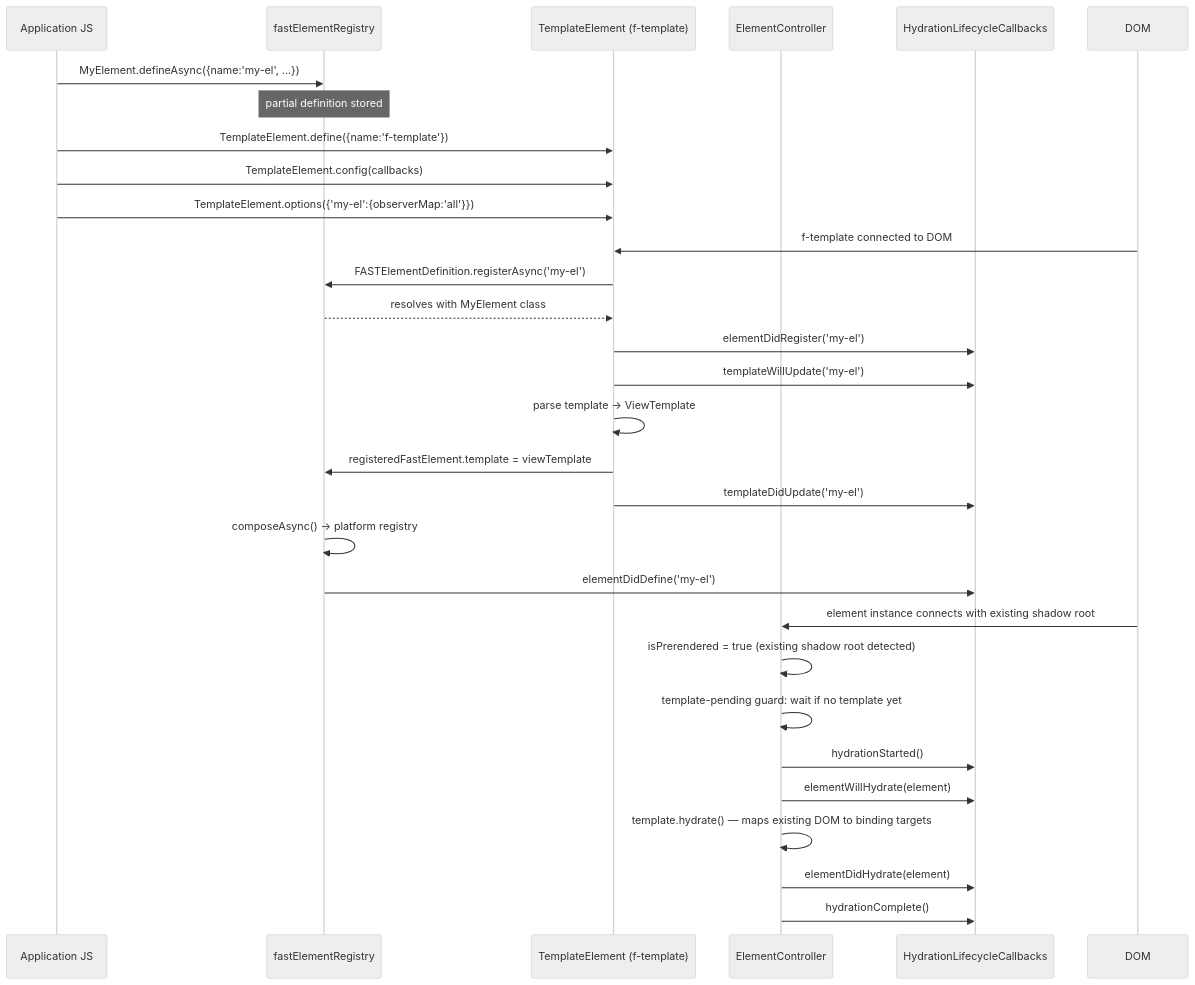
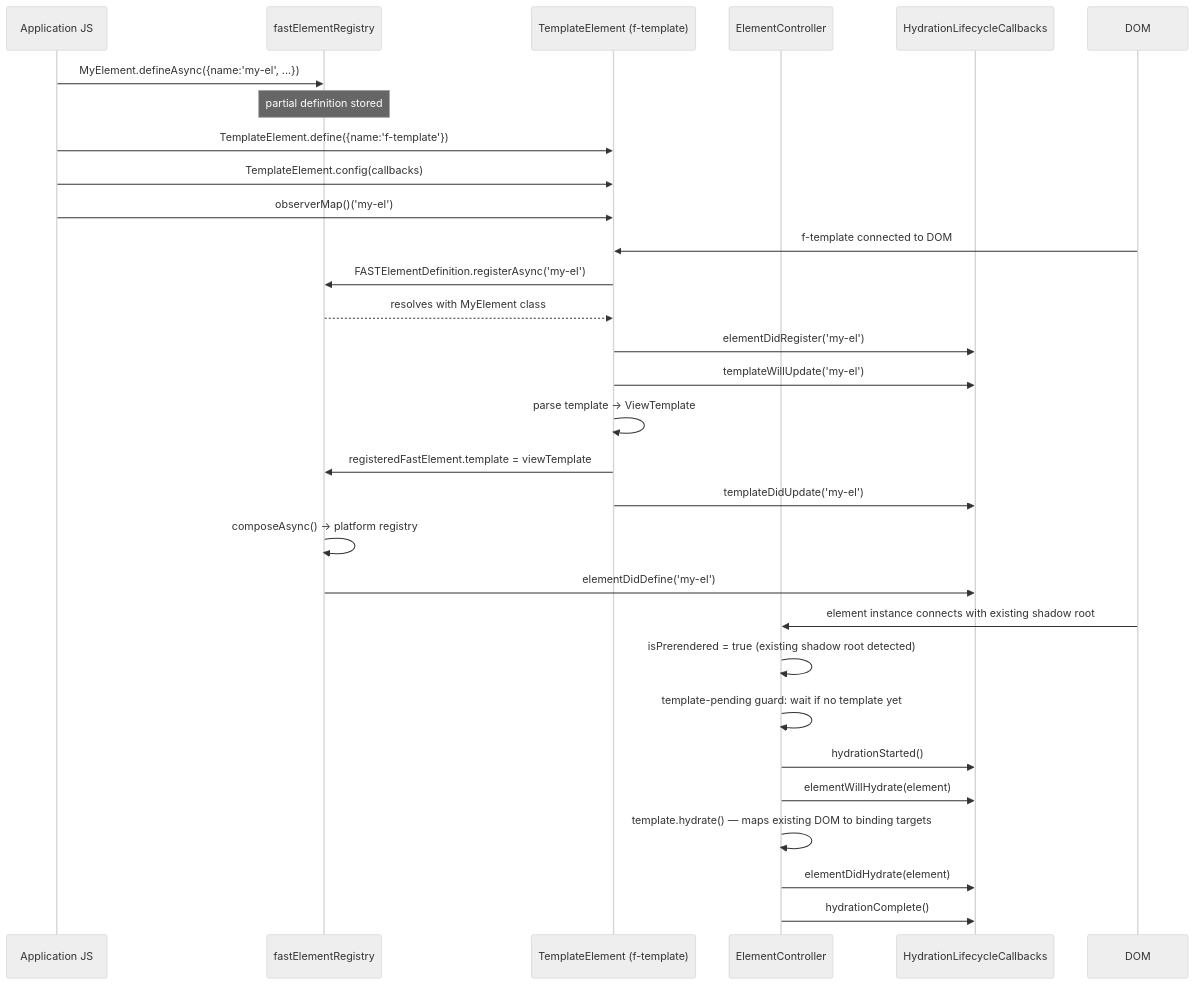
Before and after one commit to microsoft/fast: the fourth of 4 diagrams in packages/fast-html/DESIGN.md, drawn with Mermaid (neutral theme). The commit also changed other lines of this file and 19 other files, not shown here.

First line of the commit message:
refactor: convert observerMap and attributeMap to currying functions

````diff
--- a/packages/fast-html/DESIGN.md
+++ b/packages/fast-html/DESIGN.md
@@ -428,35 +445,35 @@
 ```mermaid
 sequenceDiagram
     participant App as Application JS
     participant FER as fastElementRegistry
     participant TE as TemplateElement (f-template)
     participant EC as ElementController
     participant Callbacks as HydrationLifecycleCallbacks
 
     App->>FER: MyElement.defineAsync({name:'my-el', ...})
     note over FER: partial definition stored
 
     App->>TE: TemplateElement.define({name:'f-template'})
     App->>TE: TemplateElement.config(callbacks)
-    App->>TE: TemplateElement.options({'my-el':{observerMap:'all'}})
+    App->>TE: observerMap()('my-el')
 
     DOM->>TE: f-template connected to DOM
     TE->>FER: FASTElementDefinition.registerAsync('my-el')
     FER-->>TE: resolves with MyElement class
     TE->>Callbacks: elementDidRegister('my-el')
     TE->>Callbacks: templateWillUpdate('my-el')
     TE->>TE: parse template → ViewTemplate
     TE->>FER: registeredFastElement.template = viewTemplate
     TE->>Callbacks: templateDidUpdate('my-el')
     FER->>FER: composeAsync() → platform registry
     FER->>Callbacks: elementDidDefine('my-el')
 
     DOM->>EC: element instance connects with existing shadow root
     EC->>EC: isPrerendered = true (existing shadow root detected)
     EC->>EC: template-pending guard: wait if no template yet
     EC->>Callbacks: hydrationStarted()
     EC->>Callbacks: elementWillHydrate(element)
     EC->>EC: template.hydrate() — maps existing DOM to binding targets
     EC->>Callbacks: elementDidHydrate(element)
     EC->>Callbacks: hydrationComplete()
 ```
````
